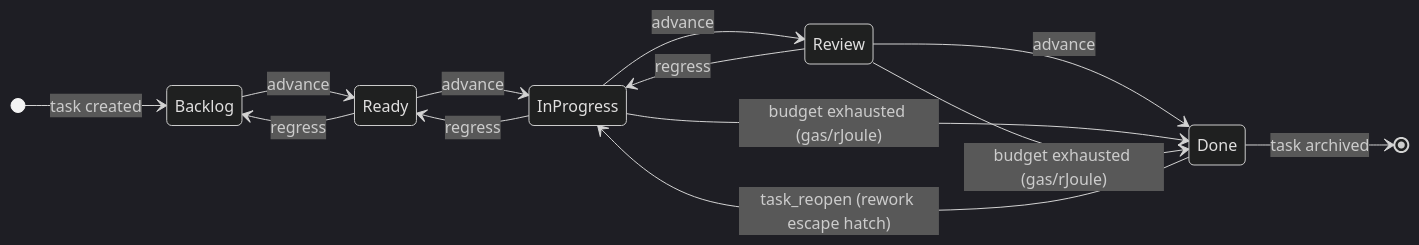
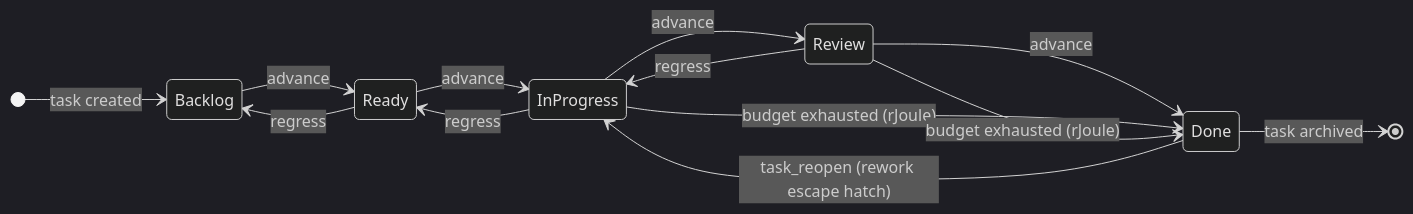
One commit to mdz-axo/zed-kask changed the diagram in kask/docs/diagrams/state-task-status.md. Above: the diagram before and after it, drawn with Mermaid (dark theme). The commit also changed 29 other files, not shown here.

````diff
--- a/kask/docs/diagrams/state-task-status.md
+++ b/kask/docs/diagrams/state-task-status.md
@@ -30,16 +30,16 @@
 ```mermaid
 stateDiagram-v2
     direction LR
     [*] --> Backlog : task created
     Backlog --> Ready : advance
     Ready --> Backlog : regress
     Ready --> InProgress : advance
     InProgress --> Ready : regress
     InProgress --> Review : advance
     Review --> InProgress : regress
     Review --> Done : advance
     Done --> InProgress : task_reopen (rework escape hatch)
-    InProgress --> Done : budget exhausted (gas/rJoule)
-    Review --> Done : budget exhausted (gas/rJoule)
+    InProgress --> Done : budget exhausted (rJoule)
+    Review --> Done : budget exhausted (rJoule)
     Done --> [*] : task archived
 ```
````
